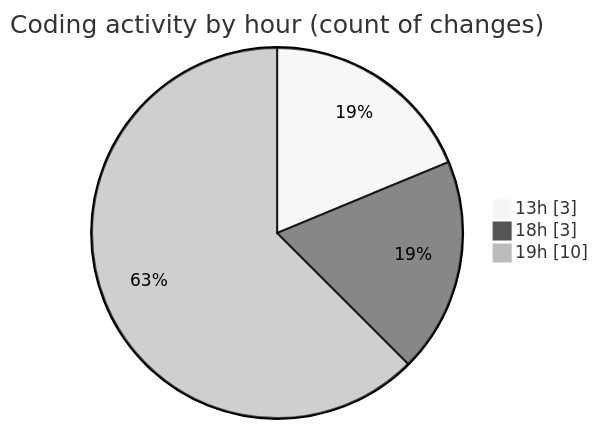
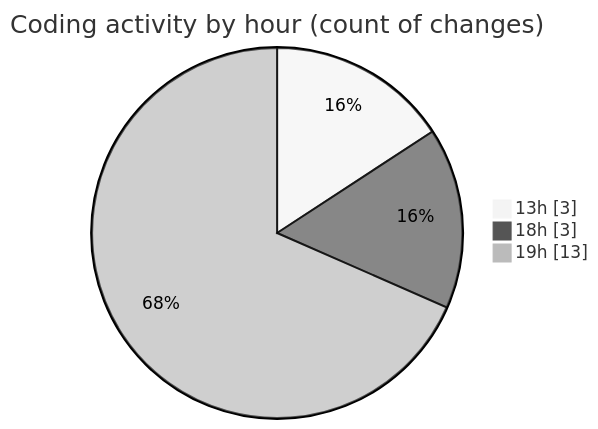
The second of 2 diagrams in 2026-11-22/nashik-misal-queue/README.md (nxtqubesakshisongat/code-tracking), drawn with Mermaid (neutral theme) before and after one commit. The commit also changed other lines of this file and 1 other file, not shown here.

````diff
--- a/2026-11-22/nashik-misal-queue/README.md
+++ b/2026-11-22/nashik-misal-queue/README.md
@@ -31,7 +31,7 @@
 ```mermaid
 pie showData
 title Coding activity by hour (count of changes)
 "13h" : 3
 "18h" : 3
-"19h" : 10
+"19h" : 13
 ```
````
